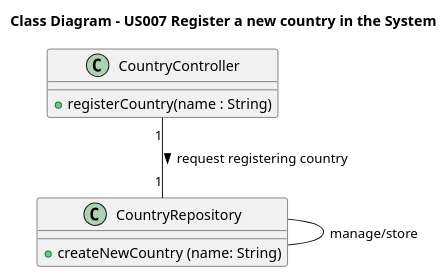
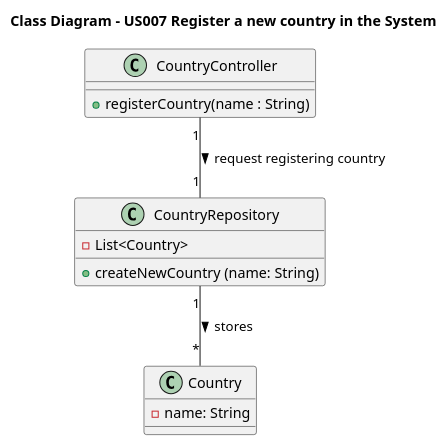
The diagram in Diagrams/ClassDiagrams/US007-to-register-a-new-country-in-the-system.puml (AndrePereiraGitH/SWitCH-Project-Team_A), drawn with PlantUML before and after one commit. The commit also changed 5 other files, not shown here.

```diff
--- a/Diagrams/ClassDiagrams/US007-to-register-a-new-country-in-the-system.puml
+++ b/Diagrams/ClassDiagrams/US007-to-register-a-new-country-in-the-system.puml
@@ -1,27 +1,32 @@
 @startuml
 
 title Class Diagram - US007 Register a new country in the System
 
-/'
-enum Country {
-  PORTUGAL
-  BRAZIL
-  FRANCE
-  SPAIN
-  ...
+
+/'class User {
+-username: String
+  -contact: Contact
+  -profile: Profile
+  +User(username: String, contact: Contact, profile: Profile)
 }
 '/
 
 class CountryRepository {
+-List<Country>
     +createNewCountry (name: String)
     }
 
 class CountryController{
   + registerCountry(name : String)
 }
 
+class Country {
+-name: String
+}
+
 ' Interactions
 CountryController "1" -- "1" CountryRepository : request registering country >
-CountryRepository  --  CountryRepository : manage/store
-
+'/CountryRepository  --  CountryRepository : manage/store
+'/User "1"--"1" CountryController : requests registration of new country >
+CountryRepository "1" -- "*" Country : stores >
 @enduml
```
